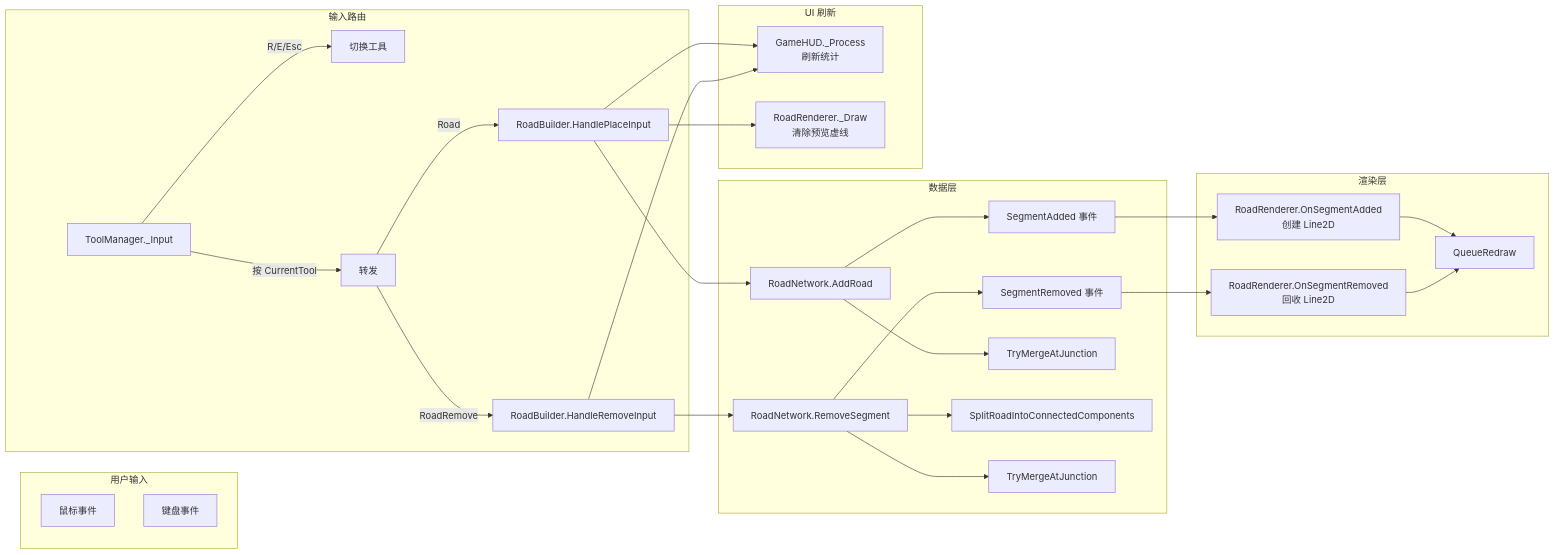
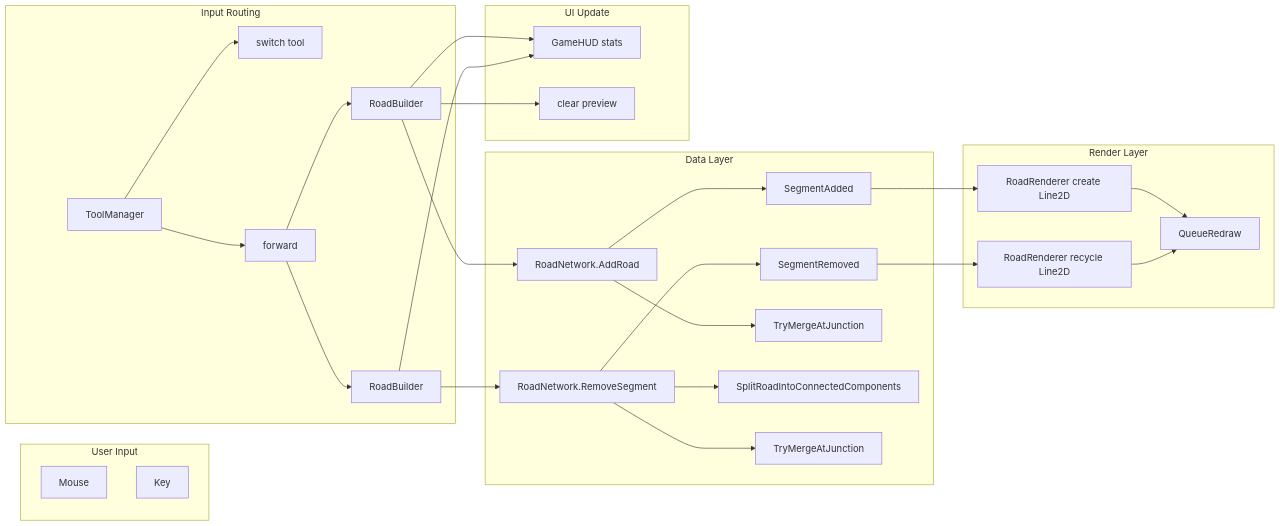
The ninth of 9 diagrams in docs/game-logic.md (xianfishyu/SimpleCities), drawn with Mermaid before and after one commit. The commit also changed other lines of this file, not shown here.

First line of the commit message:
#重写：game-logic.md Mermaid图表全面简化

````diff
--- a/docs/game-logic.md
+++ b/docs/game-logic.md
@@ -398,38 +328,38 @@
 ```mermaid
 flowchart LR
-    subgraph Input["用户输入"]
-        Mouse[鼠标事件]
-        Key[键盘事件]
+    subgraph Input["User Input"]
+        Mouse
+        Key
     end
 
-    subgraph Routing["输入路由"]
-        TM[ToolManager._Input]
-        TM -->|R/E/Esc| TM_Self[切换工具]
-        TM -->|按 CurrentTool| Forward[转发]
-        Forward -->|Road| Place[RoadBuilder.HandlePlaceInput]
-        Forward -->|RoadRemove| Remove[RoadBuilder.HandleRemoveInput]
+    subgraph Routing["Input Routing"]
+        TM[ToolManager]
+        TM --> TM2[switch tool]
+        TM --> Fwd[forward]
+        Fwd --> Place[RoadBuilder]
+        Fwd --> Remove[RoadBuilder]
     end
 
-    subgraph Data["数据层"]
-        Place --> Add["RoadNetwork.AddRoad"]
-        Remove --> Del["RoadNetwork.RemoveSegment"]
-        Add --> Event1["SegmentAdded 事件"]
-        Del --> Event2["SegmentRemoved 事件"]
-        Add --> Merge["TryMergeAtJunction"]
-        Del --> Split["SplitRoadIntoConnectedComponents"]
-        Del --> Merge2["TryMergeAtJunction"]
+    subgraph Data["Data Layer"]
+        Place --> Add[RoadNetwork.AddRoad]
+        Remove --> Del[RoadNetwork.RemoveSegment]
+        Add --> E1[SegmentAdded]
+        Del --> E2[SegmentRemoved]
+        Add --> M1[TryMergeAtJunction]
+        Del --> Split[SplitRoadIntoConnectedComponents]
+        Del --> M2[TryMergeAtJunction]
     end
 
-    subgraph Render["渲染层"]
-        Event1 --> RR_Add["RoadRenderer.OnSegmentAdded<br/>创建 Line2D"]
-        Event2 --> RR_Del["RoadRenderer.OnSegmentRemoved<br/>回收 Line2D"]
-        RR_Add --> Draw["QueueRedraw"]
-        RR_Del --> Draw
+    subgraph Render["Render Layer"]
+        E1 --> RR1[RoadRenderer create Line2D]
+        E2 --> RR2[RoadRenderer recycle Line2D]
+        RR1 --> Draw[QueueRedraw]
+        RR2 --> Draw
     end
 
-    subgraph UI["UI 刷新"]
-        Place --> HUD["GameHUD._Process<br/>刷新统计"]
+    subgraph UI["UI Update"]
+        Place --> HUD[GameHUD stats]
         Remove --> HUD
-        Place --> Preview["RoadRenderer._Draw<br/>清除预览虚线"]
+        Place --> Preview[clear preview]
     end
 ```
````
